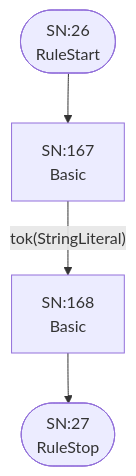
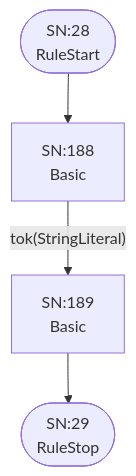
Diagram 15 of 26 in internal/grammar/atn.md (TypeFox/fastbelt), drawn with Mermaid before and after one commit. The commit also changed other lines of this file and 22 other files, not shown here.

````diff
--- a/internal/grammar/atn.md
+++ b/internal/grammar/atn.md
@@ -395,11 +447,11 @@
 ```mermaid
 flowchart TD
-    q26(["SN:26<br/>RuleStart"])
-    q27(["SN:27<br/>RuleStop"])
-    q167["SN:167<br/>Basic<br/>"]
-    q168["SN:168<br/>Basic<br/>"]
+    q28(["SN:28<br/>RuleStart"])
+    q29(["SN:29<br/>RuleStop"])
+    q188["SN:188<br/>Basic<br/>"]
+    q189["SN:189<br/>Basic<br/>"]
 
-    q26 --> q167
-    q167 -->|"tok(StringLiteral)"| q168
-    q168 --> q27
+    q28 --> q188
+    q188 -->|"tok(StringLiteral)"| q189
+    q189 --> q29
 ```
````
